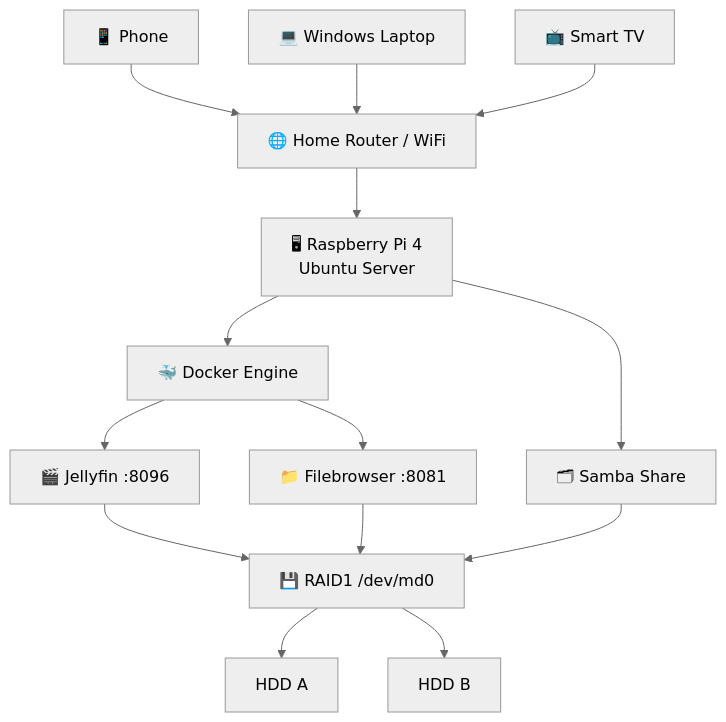
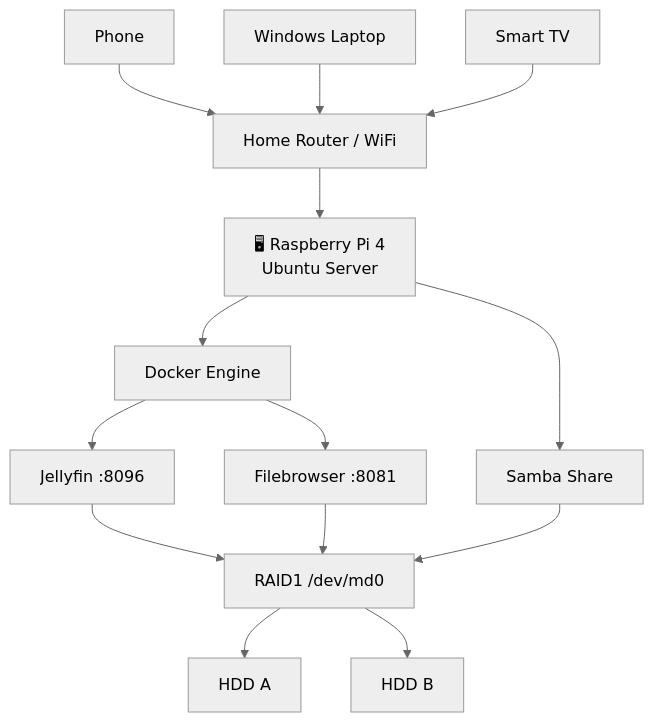
One commit to arth-7/ArthPi-Home-Server changed the first of 2 diagrams in README.md. Above: the diagram before and after it, drawn with Mermaid (neutral theme). The commit also changed other lines of this file, not shown here.

````diff
--- a/README.md
+++ b/README.md
@@ -131,44 +131,44 @@
 ```mermaid
 flowchart TD
 
     %% Clients
-    Phone[📱 Phone]
-    Laptop[💻 Windows Laptop]
-    TV[📺 Smart TV]
+    Phone[ Phone]
+    Laptop[ Windows Laptop]
+    TV[ Smart TV]
 
     %% Network
-    Router[🌐 Home Router / WiFi]
+    Router[ Home Router / WiFi]
 
     %% Server
     Pi[🖥 Raspberry Pi 4<br>Ubuntu Server]
 
     %% Services
-    Jellyfin[🎬 Jellyfin :8096]
-    Filebrowser[📁 Filebrowser :8081]
-    Samba[🗂 Samba Share]
-    Docker[🐳 Docker Engine]
+    Jellyfin[ Jellyfin :8096]
+    Filebrowser[ Filebrowser :8081]
+    Samba[ Samba Share]
+    Docker[ Docker Engine]
 
     %% Storage
-    RAID[💾 RAID1 /dev/md0]
+    RAID[ RAID1 /dev/md0]
     DiskA[HDD A]
     DiskB[HDD B]
 
     %% Connections
     Phone --> Router
     Laptop --> Router
     TV --> Router
 
     Router --> Pi
 
     Pi --> Docker
     Docker --> Jellyfin
     Docker --> Filebrowser
     Pi --> Samba
 
     Jellyfin --> RAID
     Filebrowser --> RAID
     Samba --> RAID
 
     RAID --> DiskA
     RAID --> DiskB
 ```
````
